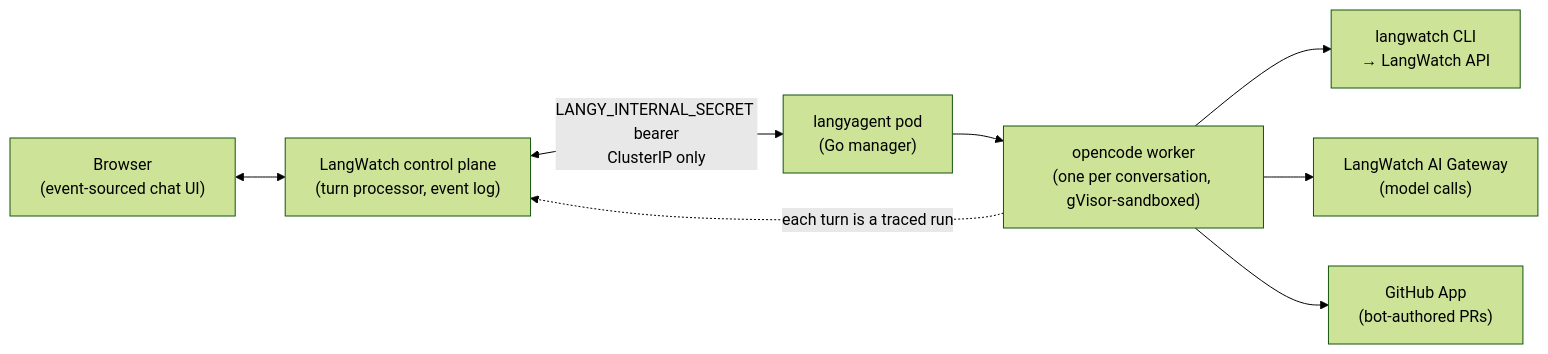
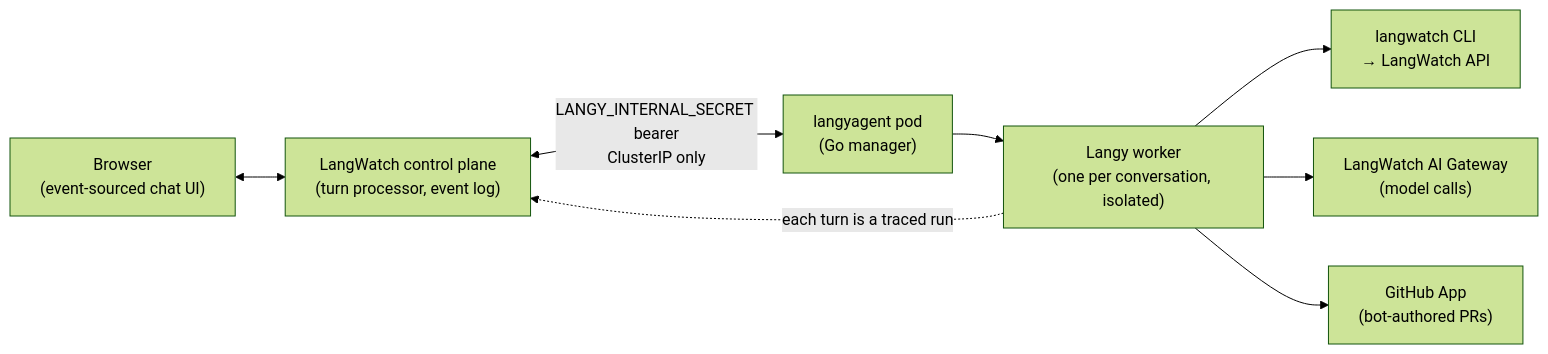
One commit to langwatch/langwatch changed the diagram in docs/langy/how-langy-works.mdx. Above: the diagram before and after it, drawn with Mermaid (forest theme). The commit also changed other lines of this file and 38 other files, not shown here.

````diff
--- a/docs/langy/how-langy-works.mdx
+++ b/docs/langy/how-langy-works.mdx
@@ -21,18 +21,18 @@
 ```mermaid
 graph LR
   browser["Browser<br/>(event-sourced chat UI)"]
   control["LangWatch control plane<br/>(turn processor, event log)"]
   manager["langyagent pod<br/>(Go manager)"]
-  worker["opencode worker<br/>(one per conversation, gVisor-sandboxed)"]
+  worker["Langy worker<br/>(one per conversation, isolated)"]
   cli["langwatch CLI<br/>&rarr; LangWatch API"]
   gateway["LangWatch AI Gateway<br/>(model calls)"]
   github["GitHub App<br/>(bot-authored PRs)"]
 
   browser <--> control
   control <-->|"LANGY_INTERNAL_SECRET bearer<br/>ClusterIP only"| manager
   manager --> worker
   worker --> cli
   worker --> gateway
   worker --> github
   worker -.->|"each turn is a traced run"| control
 ```
````
